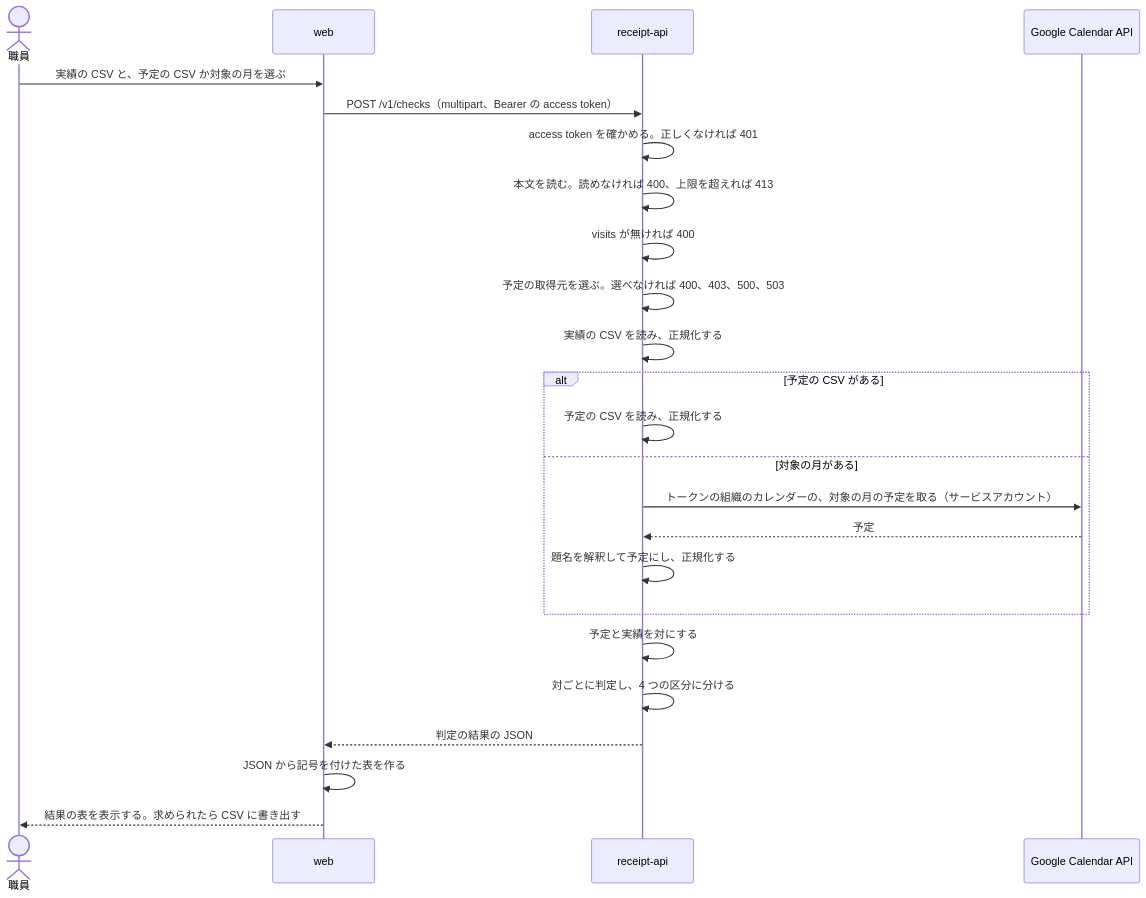
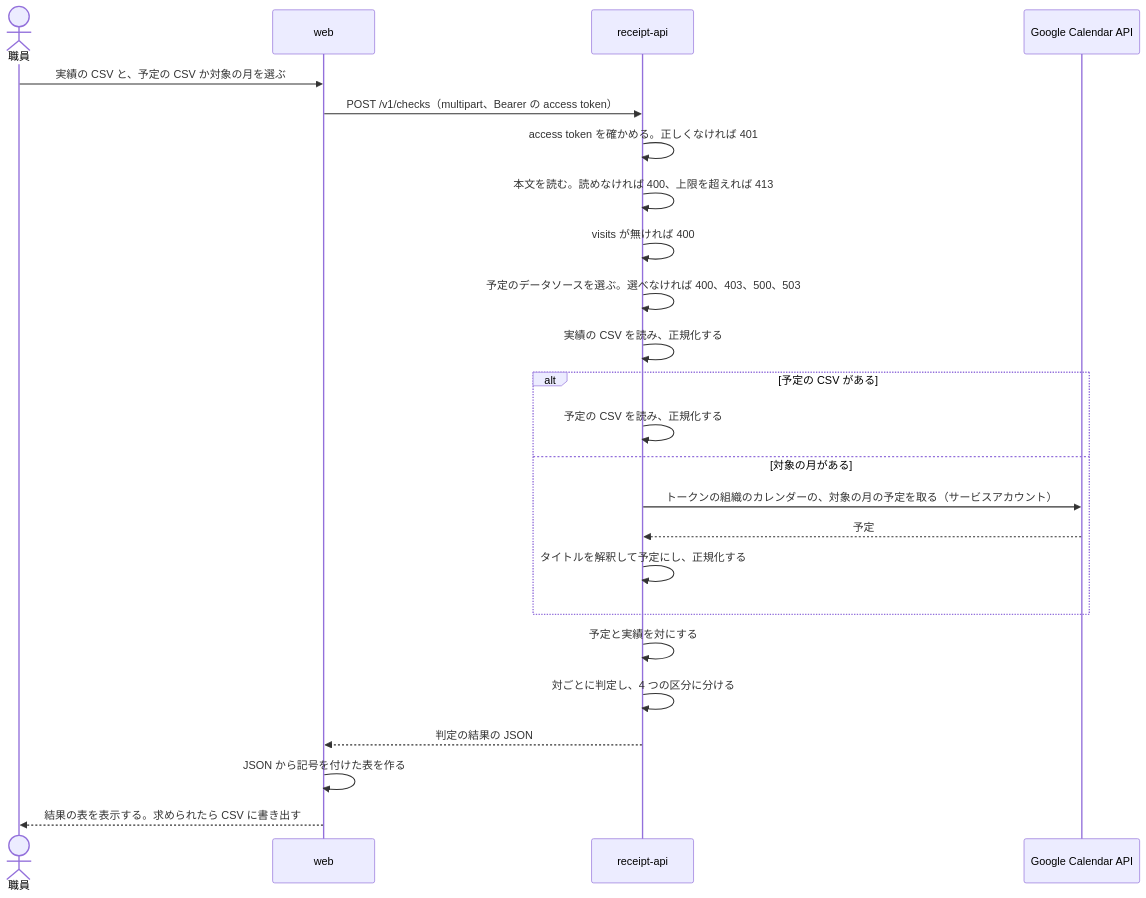
Before and after one commit to Fukuemon/buddy: the diagram in apps/receipt-api/DesignDoc.md, drawn with Mermaid. The commit also changed other lines of this file and 12 other files, not shown here.

````diff
--- a/apps/receipt-api/DesignDoc.md
+++ b/apps/receipt-api/DesignDoc.md
@@ -60,27 +60,27 @@
 ```mermaid
 sequenceDiagram
   actor S as 職員
   participant W as web
   participant R as receipt-api
   participant G as Google Calendar API
 
   S->>W: 実績の CSV と、予定の CSV か対象の月を選ぶ
   W->>R: POST /v1/checks（multipart、Bearer の access token）
   R->>R: access token を確かめる。正しくなければ 401
   R->>R: 本文を読む。読めなければ 400、上限を超えれば 413
   R->>R: visits が無ければ 400
-  R->>R: 予定の取得元を選ぶ。選べなければ 400、403、500、503
+  R->>R: 予定のデータソースを選ぶ。選べなければ 400、403、500、503
   R->>R: 実績の CSV を読み、正規化する
   alt 予定の CSV がある
     R->>R: 予定の CSV を読み、正規化する
   else 対象の月がある
     R->>G: トークンの組織のカレンダーの、対象の月の予定を取る（サービスアカウント）
     G-->>R: 予定
-    R->>R: 題名を解釈して予定にし、正規化する
+    R->>R: タイトルを解釈して予定にし、正規化する
   end
   R->>R: 予定と実績を対にする
   R->>R: 対ごとに判定し、4 つの区分に分ける
   R-->>W: 判定の結果の JSON
   W->>W: JSON から記号を付けた表を作る
   W-->>S: 結果の表を表示する。求められたら CSV に書き出す
 ```
````
